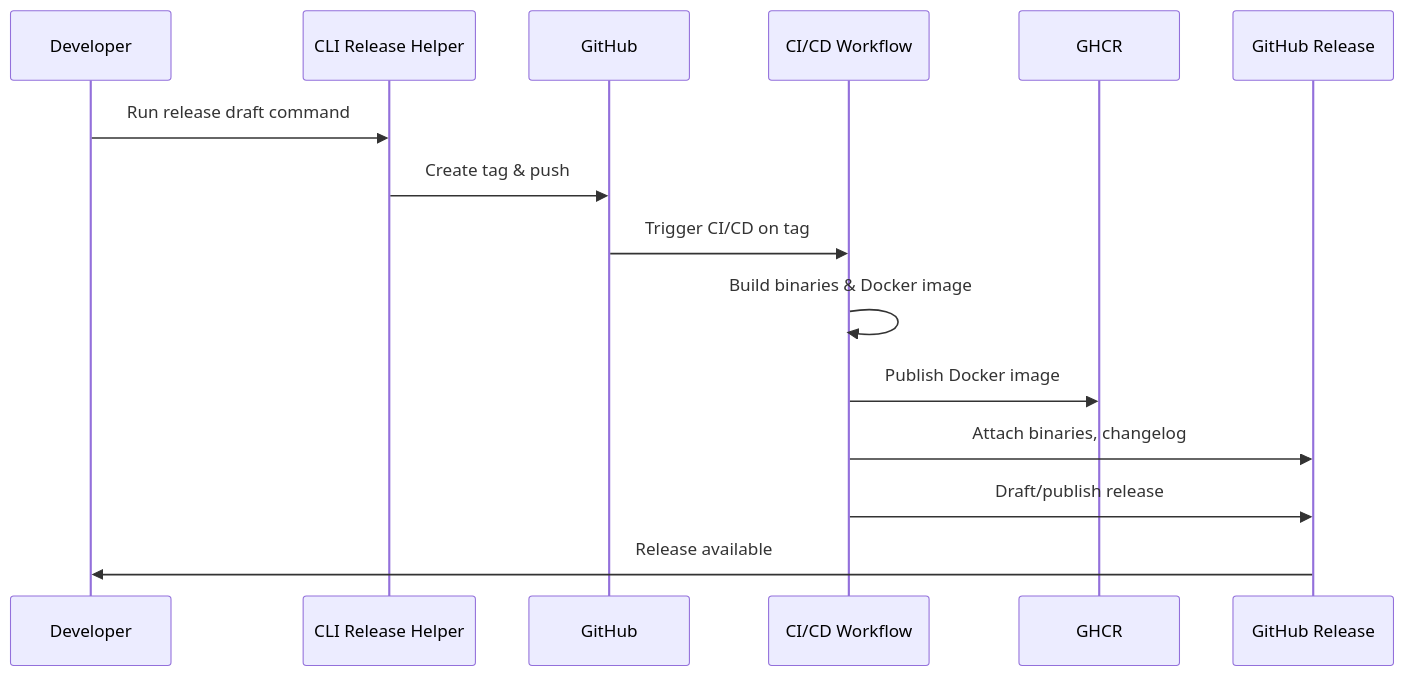
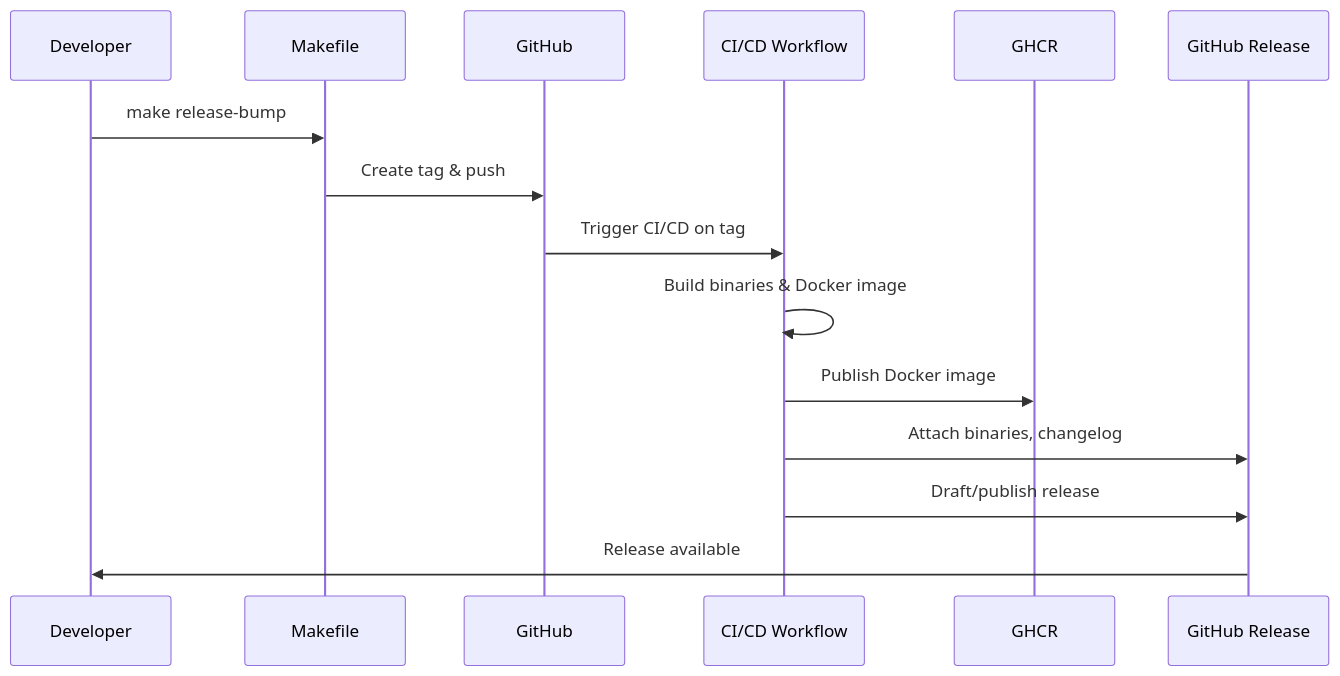
The second of 3 diagrams in docs/issues/phase-7-release-plan.md (sofatutor/llm-proxy), drawn with Mermaid before and after one commit. The commit also changed other lines of this file and 1 other file, not shown here.

Commit message:
docs(issues): update release workflow issue to use Makefile targets for automation, remove CLI command references

````diff
--- a/docs/issues/phase-7-release-plan.md
+++ b/docs/issues/phase-7-release-plan.md
@@ -41,17 +41,17 @@
 ```mermaid
 sequenceDiagram
     participant Dev as Developer
-    participant CLI as CLI Release Helper
+    participant MF as Makefile
     participant GH as GitHub
     participant CI as CI/CD Workflow
     participant GHCR as GHCR
     participant Rel as GitHub Release
-    Dev->>CLI: Run release draft command
-    CLI->>GH: Create tag & push
+    Dev->>MF: make release-bump
+    MF->>GH: Create tag & push
     GH->>CI: Trigger CI/CD on tag
     CI->>CI: Build binaries & Docker image
     CI->>GHCR: Publish Docker image
     CI->>Rel: Attach binaries, changelog
     CI->>Rel: Draft/publish release
     Rel->>Dev: Release available
 ```
````
